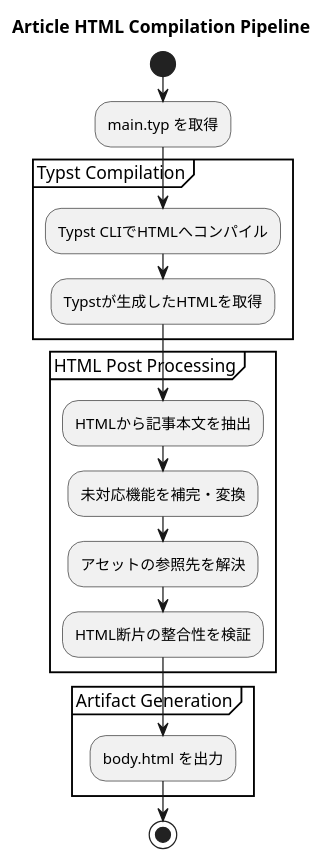
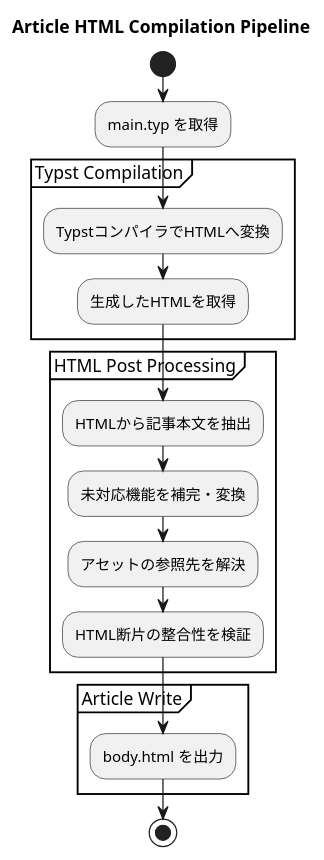
One commit to neruneruna7/blog changed the third of 4 diagrams in docs/design.puml. Above: the diagram before and after it, drawn with PlantUML. The commit also changed other lines of this file and 40 other files, not shown here.

```diff
--- a/docs/design.puml
+++ b/docs/design.puml
@@ -134,25 +150,25 @@
 @startuml compile-pipeline
 title Article HTML Compilation Pipeline
 
 start
 
 :main.typ を取得;
 
 partition "Typst Compilation" {
-  :Typst CLIでHTMLへコンパイル;
-  :Typstが生成したHTMLを取得;
+  :TypstコンパイラでHTMLへ変換;
+  :生成したHTMLを取得;
 }
 
 partition "HTML Post Processing" {
   :HTMLから記事本文を抽出;
   :未対応機能を補完・変換;
   :アセットの参照先を解決;
   :HTML断片の整合性を検証;
 }
 
-partition "Artifact Generation" {
+partition "Article Write" {
   :body.html を出力;
 }
 
 stop
 @enduml
```
